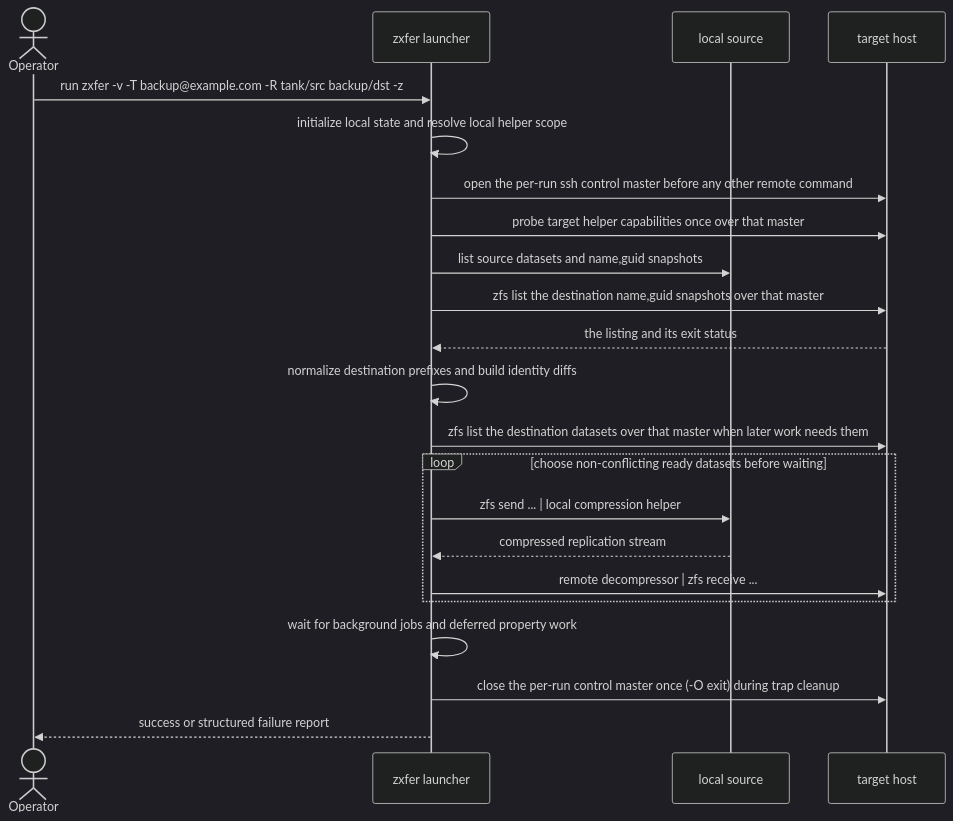
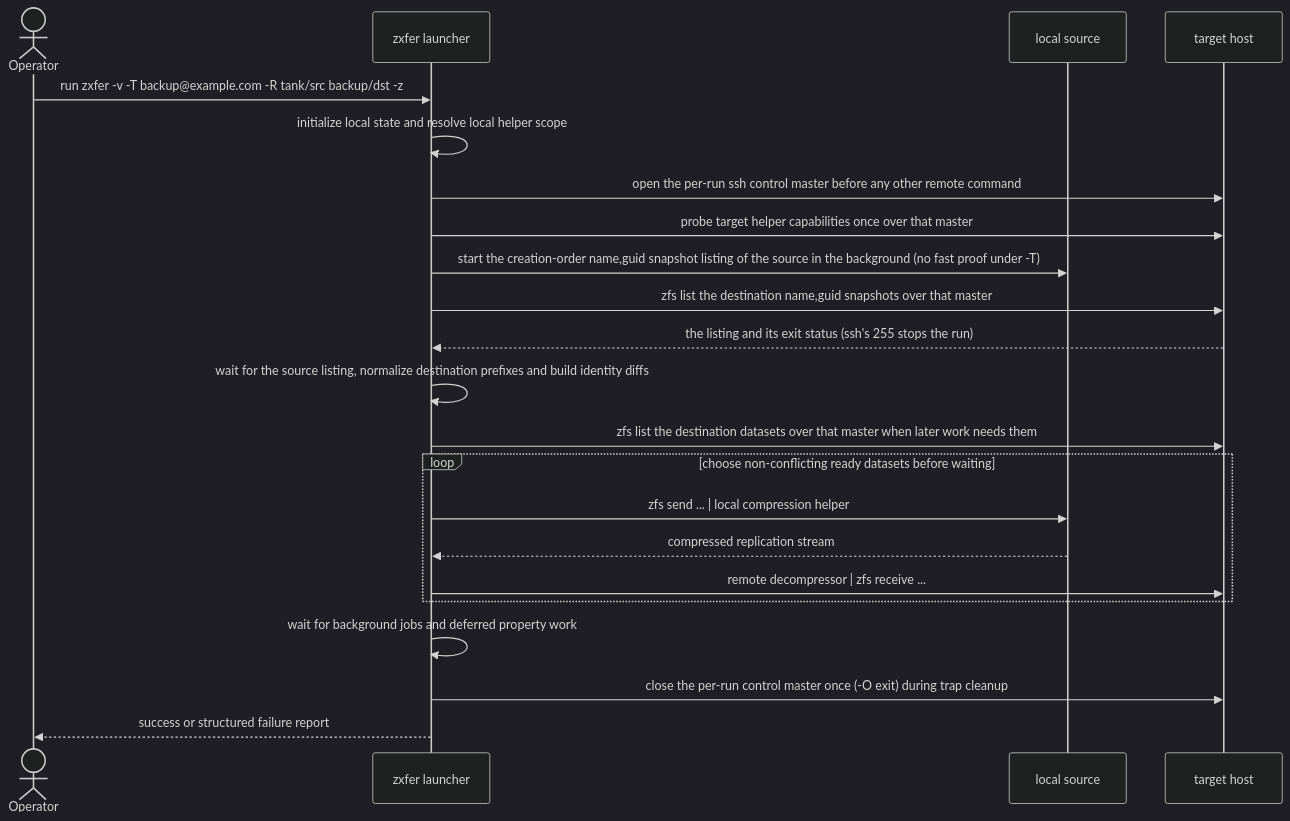
The sixth of 8 diagrams in docs/architecture.md (totalAldo/zxfer), drawn with Mermaid (dark theme) before and after one commit. The commit also changed other lines of this file and 30 other files, not shown here.

````diff
--- a/docs/architecture.md
+++ b/docs/architecture.md
@@ -713,25 +751,25 @@
 ```mermaid
 sequenceDiagram
     actor Operator
     participant Launcher as zxfer launcher
     participant Local as local source
     participant Target as target host
 
     Operator->>Launcher: run zxfer -v -T backup@example.com -R tank/src backup/dst -z
     Launcher->>Launcher: initialize local state and resolve local helper scope
     Launcher->>Target: open the per-run ssh control master before any other remote command
     Launcher->>Target: probe target helper capabilities once over that master
-    Launcher->>Local: list source datasets and name,guid snapshots
+    Launcher->>Local: start the creation-order name,guid snapshot listing of the source in the background (no fast proof under -T)
     Launcher->>Target: zfs list the destination name,guid snapshots over that master
-    Target-->>Launcher: the listing and its exit status
-    Launcher->>Launcher: normalize destination prefixes and build identity diffs
+    Target-->>Launcher: the listing and its exit status (ssh's 255 stops the run)
+    Launcher->>Launcher: wait for the source listing, normalize destination prefixes and build identity diffs
     Launcher->>Target: zfs list the destination datasets over that master when later work needs them
     loop choose non-conflicting ready datasets before waiting
         Launcher->>Local: zfs send ... | local compression helper
         Local-->>Launcher: compressed replication stream
         Launcher->>Target: remote decompressor | zfs receive ...
     end
     Launcher->>Launcher: wait for background jobs and deferred property work
     Launcher->>Target: close the per-run control master once (-O exit) during trap cleanup
     Launcher-->>Operator: success or structured failure report
 ```
````
